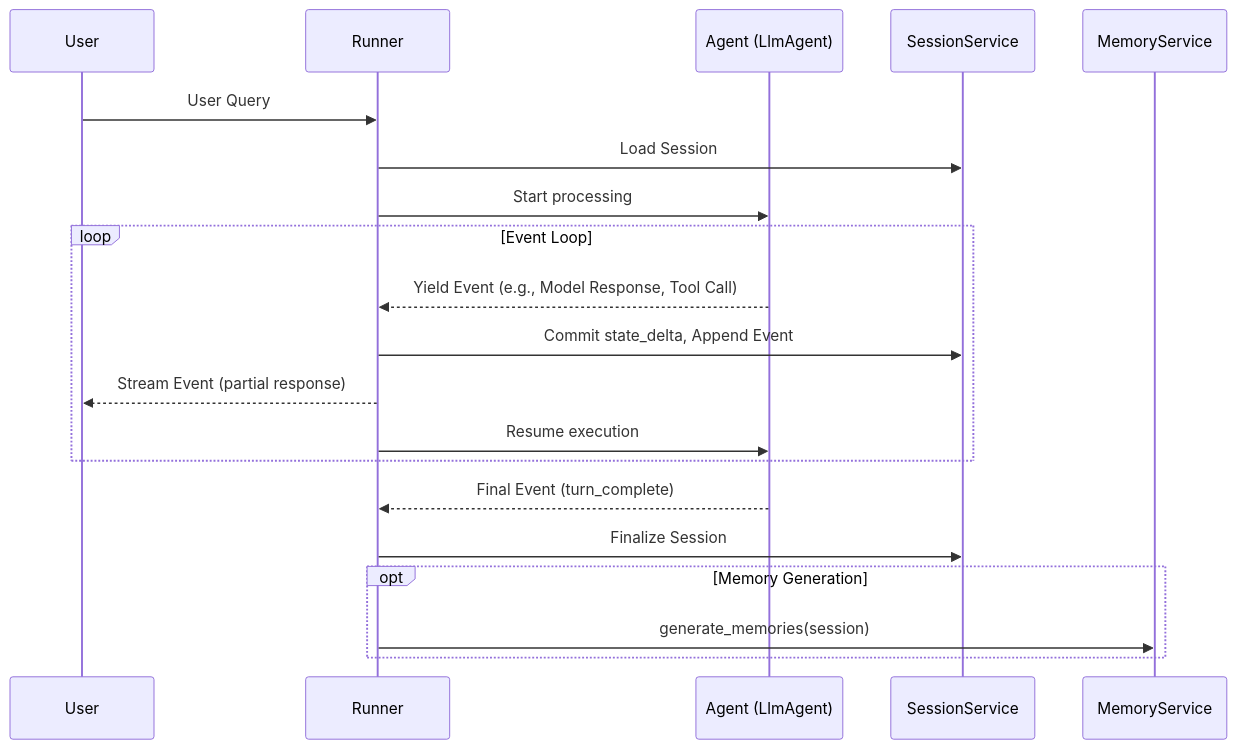
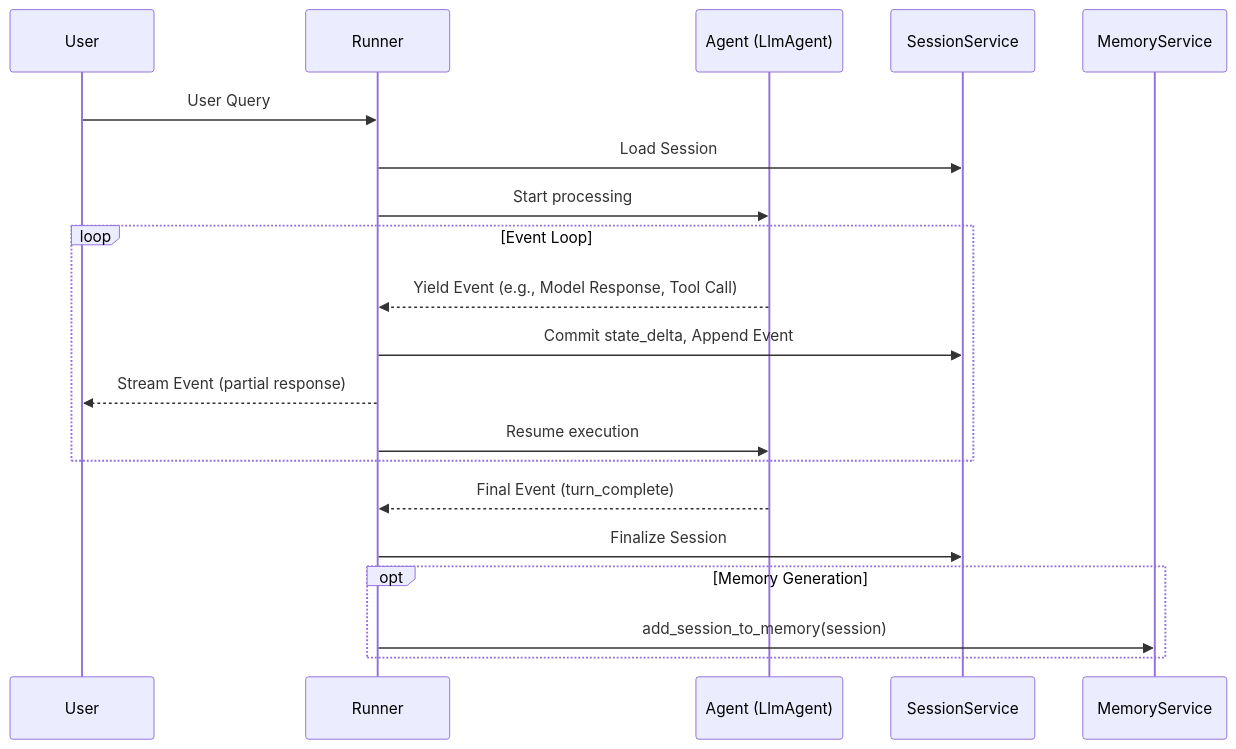
One commit to ThreeFish-AI/negentropy changed the fourth of 16 diagrams in docs/research/020-agent-runtime-frameworks.md. Above: the diagram before and after it, drawn with Mermaid. The commit also changed other lines of this file and 8 other files, not shown here.

````diff
--- a/docs/research/020-agent-runtime-frameworks.md
+++ b/docs/research/020-agent-runtime-frameworks.md
@@ -141,23 +141,23 @@
 ```mermaid
 sequenceDiagram
     participant User
     participant Runner
     participant Agent (LlmAgent)
     participant SessionService
     participant MemoryService
 
     User->>Runner: User Query
     Runner->>SessionService: Load Session
     Runner->>Agent (LlmAgent): Start processing
     loop Event Loop
         Agent (LlmAgent)-->>Runner: Yield Event (e.g., Model Response, Tool Call)
         Runner->>SessionService: Commit state_delta, Append Event
         Runner-->>User: Stream Event (partial response)
         Runner->>Agent (LlmAgent): Resume execution
     end
     Agent (LlmAgent)-->>Runner: Final Event (turn_complete)
     Runner->>SessionService: Finalize Session
     opt Memory Generation
-        Runner->>MemoryService: generate_memories(session)
+        Runner->>MemoryService: add_session_to_memory(session)
     end
 ```
````
